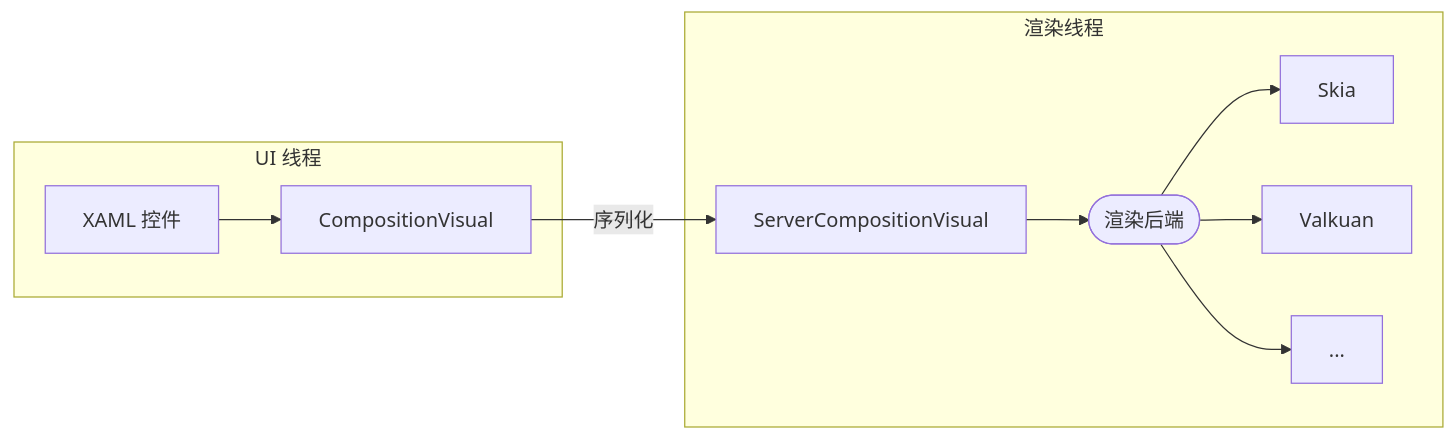
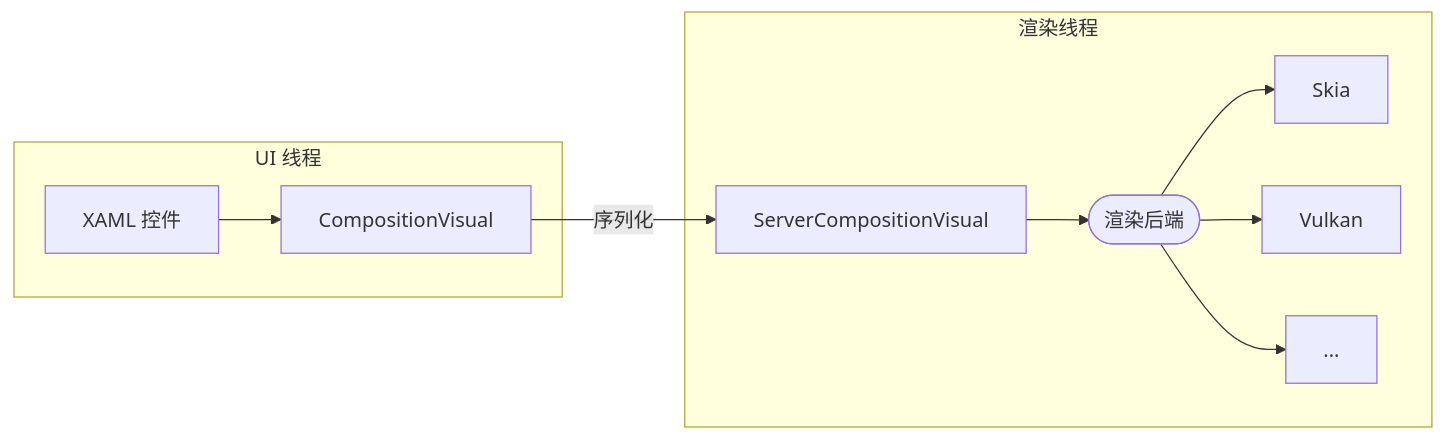
One commit to zxbmmmmmmmmm/zxbmmmmmmmmm.github.io changed the diagram in src/posts/在 Avalonia 中编写高性能动画.md. Above: the diagram before and after it, drawn with Mermaid. The commit also changed other lines of this file, not shown here.

````diff
--- a/src/posts/在 Avalonia 中编写高性能动画.md
+++ b/src/posts/在 Avalonia 中编写高性能动画.md
@@ -66,13 +65,13 @@
 ```mermaid
 flowchart LR
     subgraph 1[UI 线程]
     A[XAML 控件] -->B[CompositionVisual]
     end
     B --> |序列化|C[ServerCompositionVisual]
     subgraph 2[渲染线程]
     C --> D([渲染后端])
     D --> E[Skia]
-    D --> F[Valkuan]
+    D --> F[Vulkan]
     D --> G[...]
     end
 ```
````
